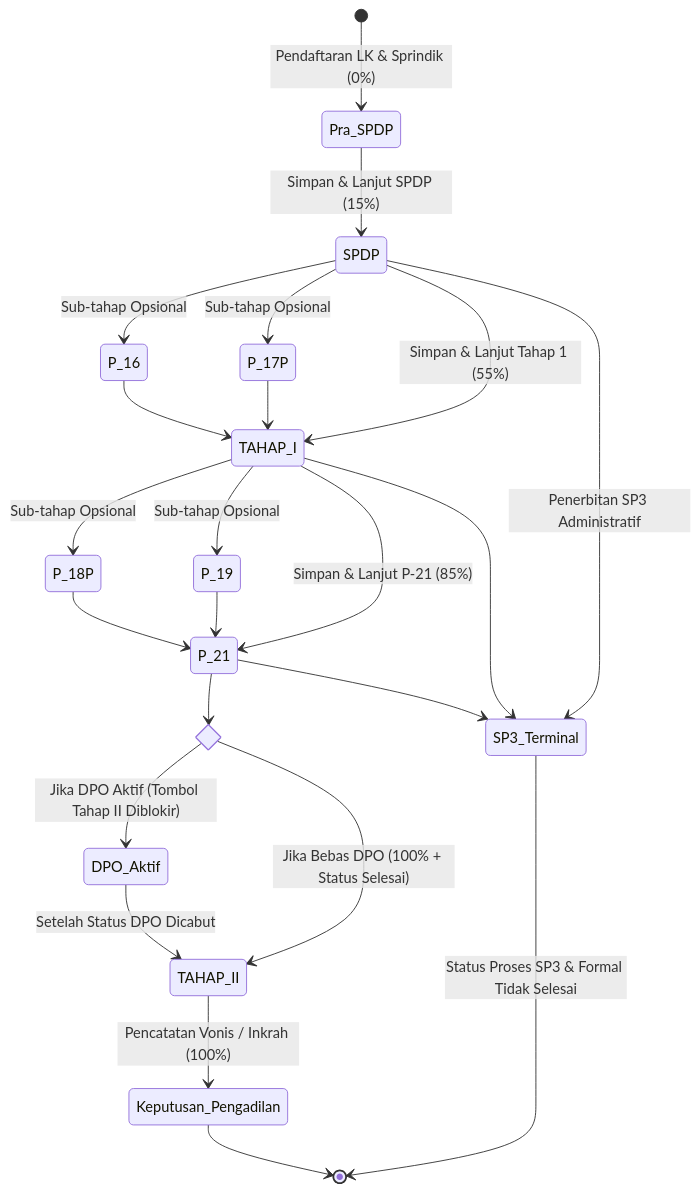
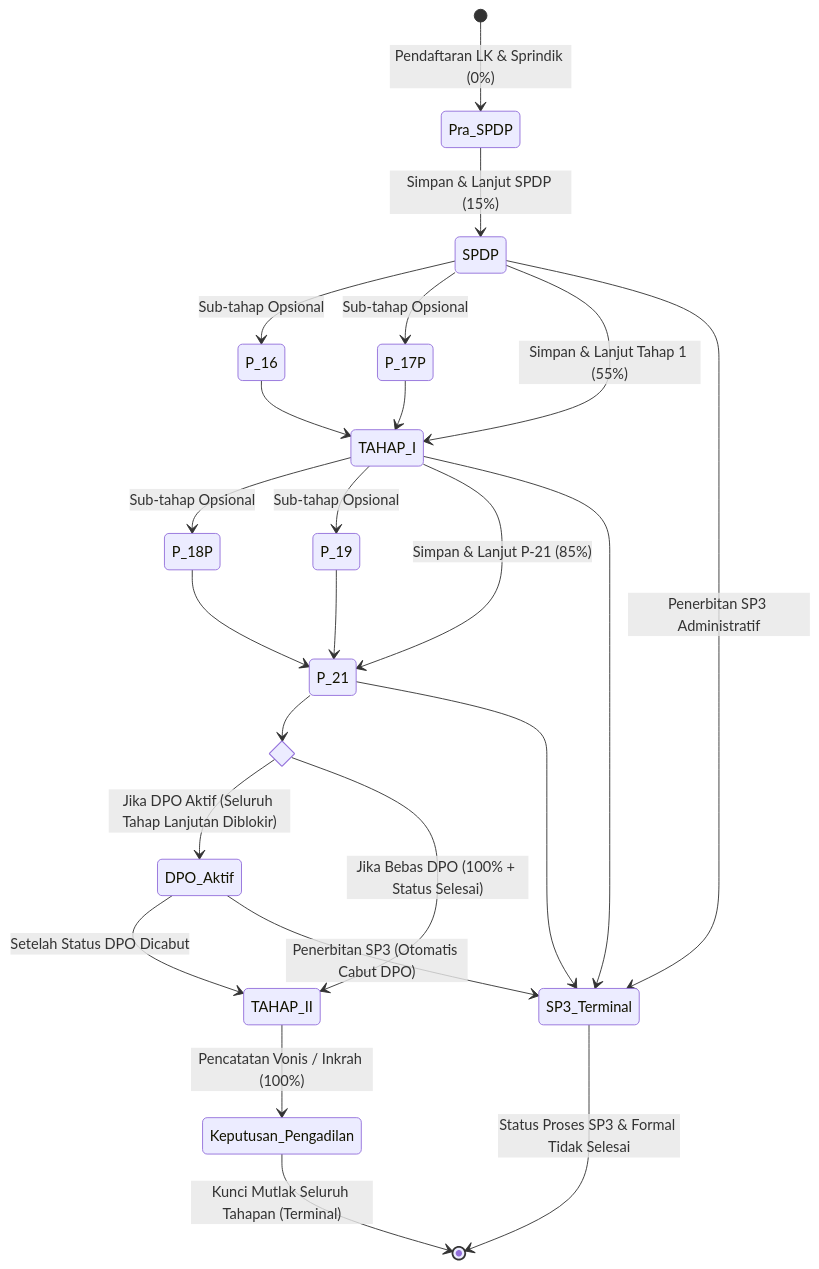
The third of 3 diagrams in ARCHITECTURE.md (waris-arjuna/BAPTwo), drawn with Mermaid before and after one commit. The commit also changed other lines of this file and 54 other files, not shown here.

````diff
--- a/ARCHITECTURE.md
+++ b/ARCHITECTURE.md
@@ -187,31 +191,32 @@
 ```mermaid
 stateDiagram-v2
     [*] --> Pra_SPDP : Pendaftaran LK & Sprindik (0%)
     Pra_SPDP --> SPDP : Simpan & Lanjut SPDP (15%)
     
     SPDP --> P_16 : Sub-tahap Opsional
     SPDP --> P_17P : Sub-tahap Opsional
     SPDP --> TAHAP_I : Simpan & Lanjut Tahap 1 (55%)
     P_16 --> TAHAP_I
     P_17P --> TAHAP_I
     
     TAHAP_I --> P_18P : Sub-tahap Opsional
     TAHAP_I --> P_19 : Sub-tahap Opsional
     TAHAP_I --> P_21 : Simpan & Lanjut P-21 (85%)
     P_18P --> P_21
     P_19 --> P_21
     
     state DPO_Fork <<choice>>
     P_21 --> DPO_Fork
-    DPO_Fork --> DPO_Aktif : Jika DPO Aktif (Tombol Tahap II Diblokir)
+    DPO_Fork --> DPO_Aktif : Jika DPO Aktif (Seluruh Tahap Lanjutan Diblokir)
     DPO_Fork --> TAHAP_II : Jika Bebas DPO (100% + Status Selesai)
     DPO_Aktif --> TAHAP_II : Setelah Status DPO Dicabut
+    DPO_Aktif --> SP3_Terminal : Penerbitan SP3 (Otomatis Cabut DPO)
     
     TAHAP_II --> Keputusan_Pengadilan : Pencatatan Vonis / Inkrah (100%)
-    Keputusan_Pengadilan --> [*]
+    Keputusan_Pengadilan --> [*] : Kunci Mutlak Seluruh Tahapan (Terminal)
     
     SPDP --> SP3_Terminal : Penerbitan SP3 Administratif
     TAHAP_I --> SP3_Terminal
     P_21 --> SP3_Terminal
     SP3_Terminal --> [*] : Status Proses SP3 & Formal Tidak Selesai
 ```
````
